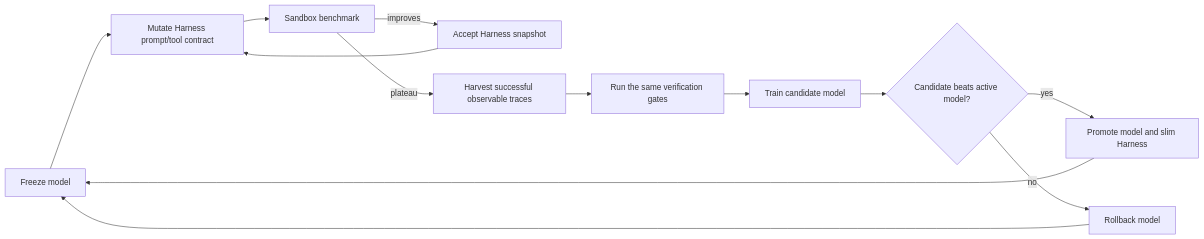
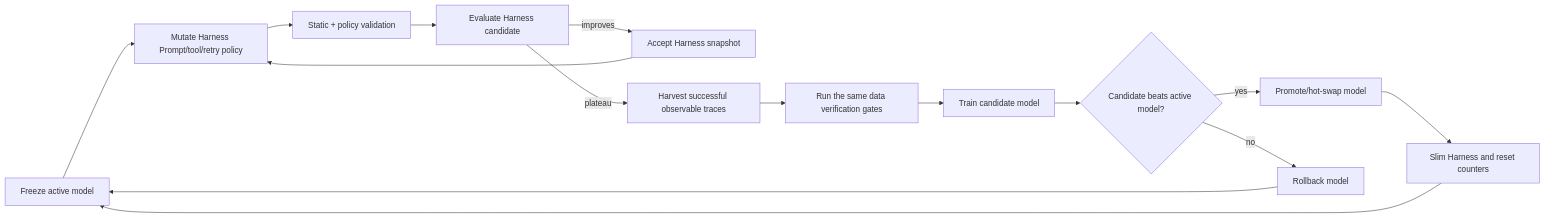
The third of 5 diagrams in README.md (ed3c/post-training-rsi-pipeline), drawn with Mermaid before and after one commit. The commit also changed other lines of this file, not shown here.

Commit message:
docs: map directory ownership state machines and data flow

````diff
--- a/README.md
+++ b/README.md
@@ -42,15 +117,17 @@
 ```mermaid
 flowchart LR
-    H0[Freeze model] --> H1[Mutate Harness prompt/tool contract]
-    H1 --> H2[Sandbox benchmark]
-    H2 -->|improves| H3[Accept Harness snapshot]
-    H3 --> H1
-    H2 -->|plateau| T1[Harvest successful observable traces]
-    T1 --> T2[Run the same verification gates]
-    T2 --> M1[Train candidate model]
-    M1 --> M2{Candidate beats active model?}
-    M2 -->|yes| M3[Promote model and slim Harness]
-    M2 -->|no| M4[Rollback model]
-    M3 --> H0
-    M4 --> H0
+    F[Freeze active model] --> M[Mutate Harness Prompt/tool/retry policy]
+    M --> V[Static + policy validation]
+    V --> E[Evaluate Harness candidate]
+    E -->|improves| A[Accept Harness snapshot]
+    A --> M
+    E -->|plateau| H[Harvest successful observable traces]
+    H --> G[Run the same data verification gates]
+    G --> T[Train candidate model]
+    T --> C{Candidate beats active model?}
+    C -->|yes| P[Promote/hot-swap model]
+    C -->|no| R[Rollback model]
+    P --> S[Slim Harness and reset counters]
+    S --> F
+    R --> F
 ```
````
